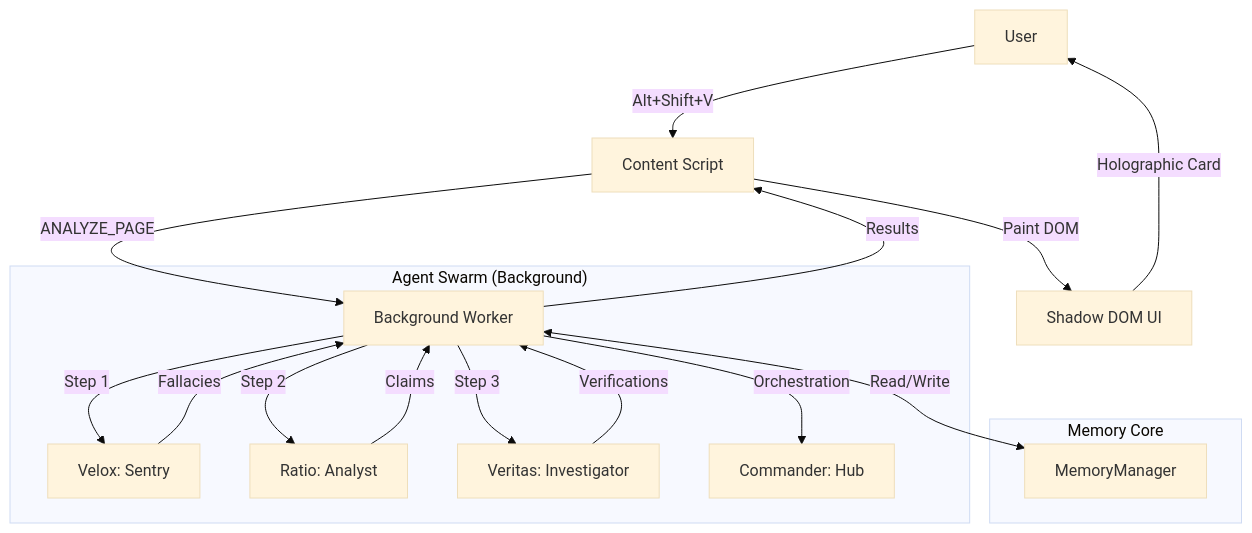
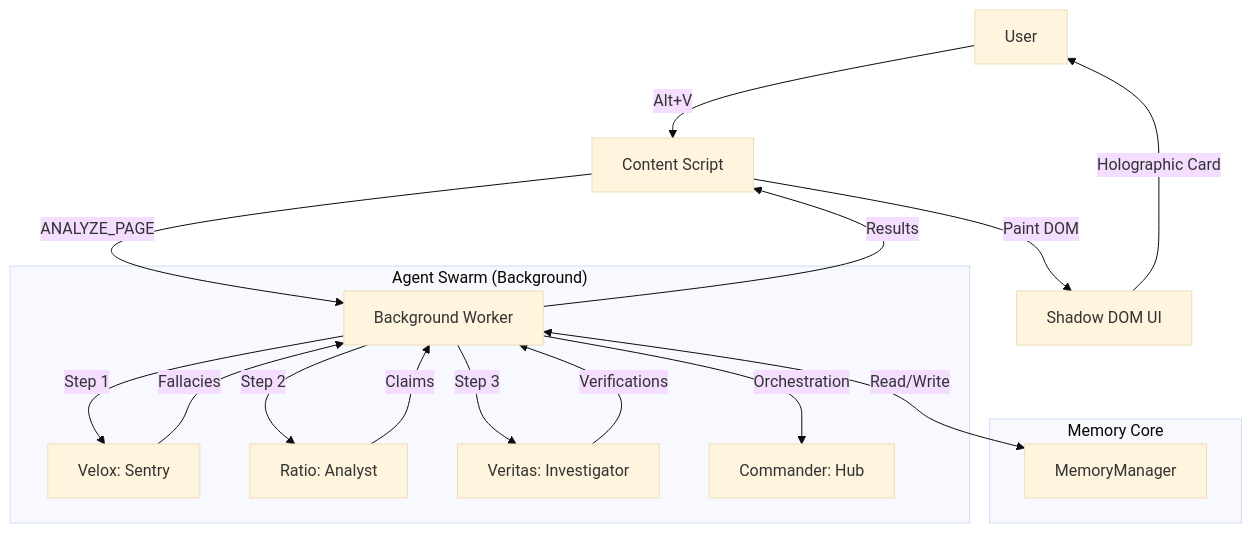
Before and after one commit to mqingcs/Project-VERITAS-The-Digital-Truth-Lens: the diagram in docs/project_guide.md, drawn with Mermaid (base theme). The commit also changed other lines of this file and 6 other files, not shown here.

````diff
--- a/docs/project_guide.md
+++ b/docs/project_guide.md
@@ -332,27 +332,27 @@
 ```mermaid
 flowchart TD
-    User[User] -->|Alt+Shift+V| CS[Content Script]
+    User[User] -->|Alt+V| CS[Content Script]
     CS -->|ANALYZE_PAGE| BG[Background Worker]
     
     subgraph "Agent Swarm (Background)"
         BG -->|Step 1| Velox[Velox: Sentry]
         Velox -->|Fallacies| BG
         
         BG -->|Step 2| Ratio[Ratio: Analyst]
         Ratio -->|Claims| BG
         
         BG -->|Step 3| Veritas[Veritas: Investigator]
         Veritas -->|Verifications| BG
         
         BG -->|Orchestration| Commander[Commander: Hub]
     end
     
     subgraph "Memory Core"
         Mem[MemoryManager]
         BG <-->|Read/Write| Mem
     end
     
     BG -->|Results| CS
     CS -->|Paint DOM| UI[Shadow DOM UI]
     UI -->|Holographic Card| User
 ```
````
